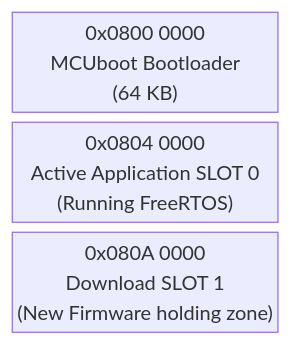
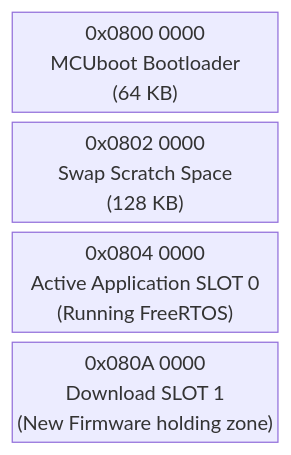
The fourth of 7 diagrams in developer_guide.md (saheerskt/ems-mini-rtos), drawn with Mermaid before and after one commit. The commit also changed other lines of this file, not shown here.

````diff
--- a/developer_guide.md
+++ b/developer_guide.md
@@ -225,7 +291,8 @@
 ```mermaid
 block-beta
   columns 1
   Bootloader["0x0800 0000<br>MCUboot Bootloader<br>(64 KB)"]
+  Scratch["0x0802 0000<br>Swap Scratch Space<br>(128 KB)"]
   Bank1["0x0804 0000<br>Active Application SLOT 0<br>(Running FreeRTOS)"]
   Bank2["0x080A 0000<br>Download SLOT 1<br>(New Firmware holding zone)"]
 ```
````
